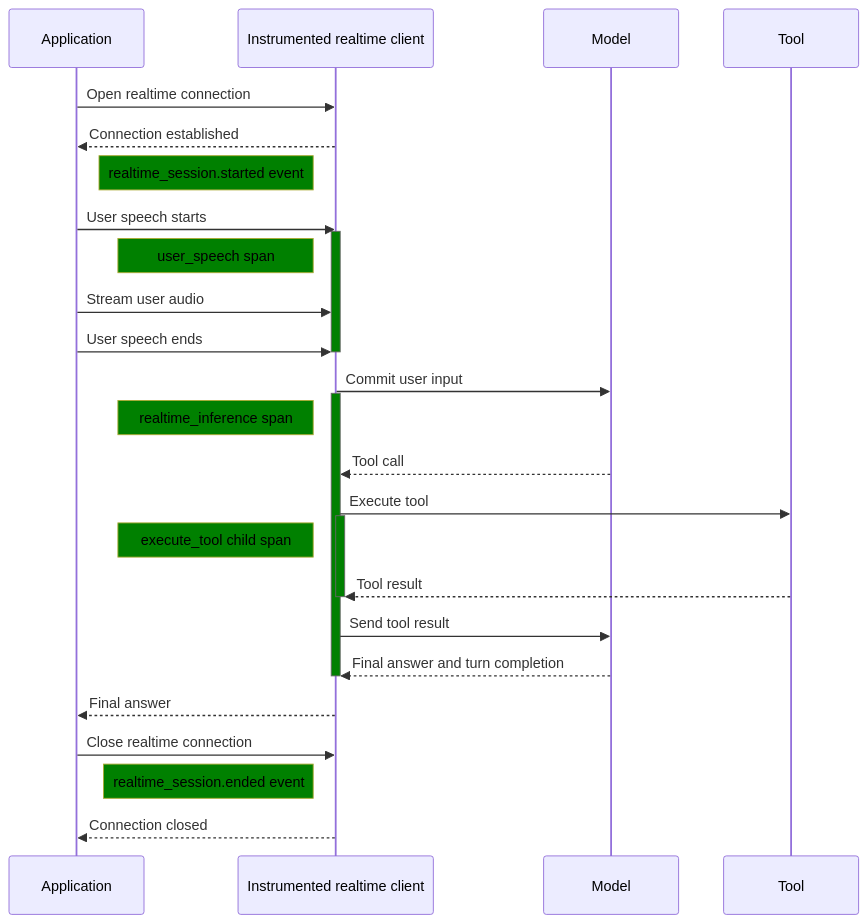
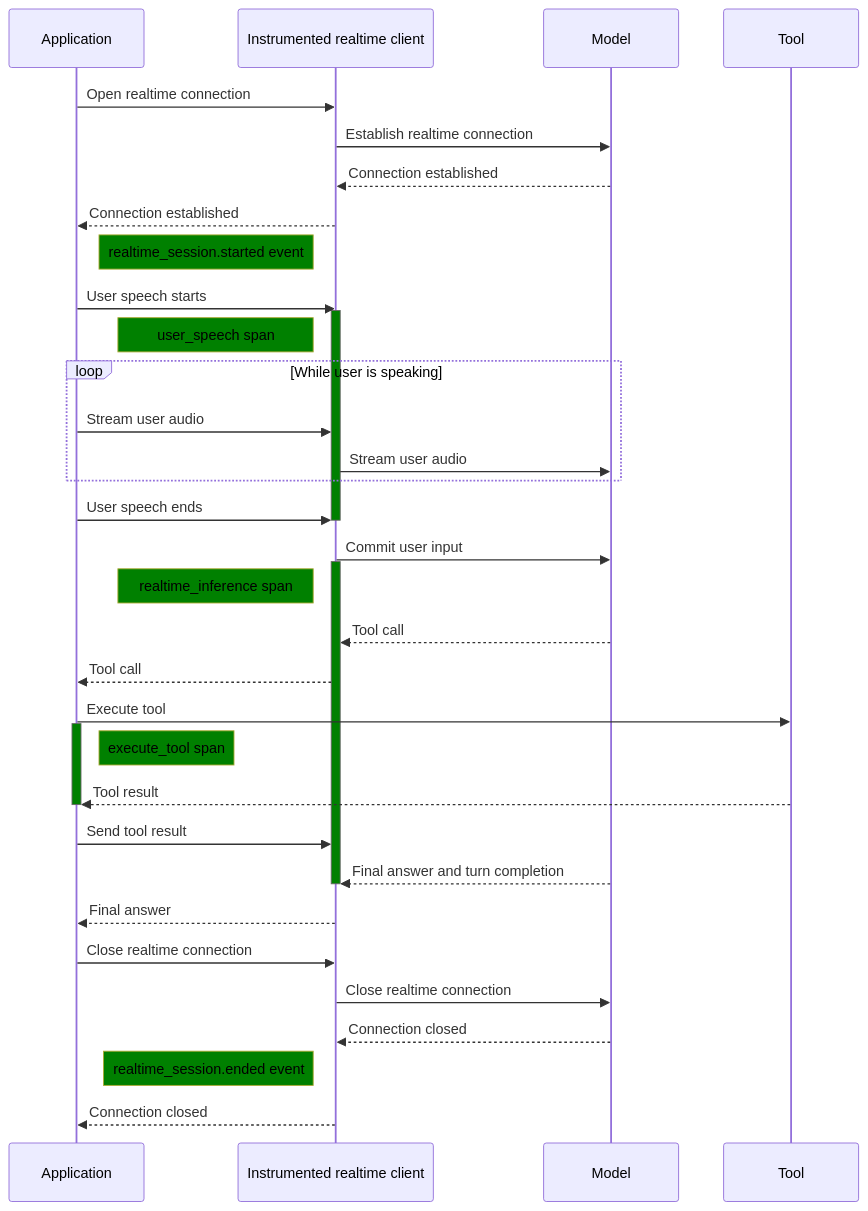
One commit to open-telemetry/semantic-conventions-genai changed the fifth of 7 diagrams in docs/gen-ai/non-normative/examples-llm-calls.md. Above: the diagram before and after it, drawn with Mermaid. The commit also changed other lines of this file and 16 other files, not shown here.

````diff
--- a/docs/gen-ai/non-normative/examples-llm-calls.md
+++ b/docs/gen-ai/non-normative/examples-llm-calls.md
@@ -904,38 +917,46 @@
 ```mermaid
 %%{init:
 {
   "sequence": { "messageAlign": "left", "htmlLabels":true },
   "themeVariables": { "noteBkgColor" : "green", "noteTextColor": "black", "activationBkgColor": "green", "htmlLabels":true }
 }
 }%%
 sequenceDiagram
     participant A as Application
     participant I as Instrumented realtime client
     participant M as Model
     participant T as Tool
     A->>I: Open realtime connection
+    I->>M: Establish realtime connection
+    M-->>I: Connection established
     I-->>A: Connection established
     Note left of I: realtime_session.started event
     A->>I: User speech starts
     activate I
     Note left of I: user_speech span
-    A->>I: Stream user audio
+    loop While user is speaking
+        A->>I: Stream user audio
+        I->>M: Stream user audio
+    end
     A->>I: User speech ends
     deactivate I
     I->>M: Commit user input
     activate I
     Note left of I: realtime_inference span
     M-->>I: Tool call
-    I->>T: Execute tool
-    activate I
-    Note left of I: execute_tool child span
-    T-->>I: Tool result
-    deactivate I
-    I->>M: Send tool result
+    I-->>A: Tool call
+    A->>T: Execute tool
+    activate A
+    Note right of A: execute_tool span
+    T-->>A: Tool result
+    deactivate A
+    A->>I: Send tool result
     M-->>I: Final answer and turn completion
     deactivate I
     I-->>A: Final answer
     A->>I: Close realtime connection
+    I->>M: Close realtime connection
+    M-->>I: Connection closed
     Note left of I: realtime_session.ended event
     I-->>A: Connection closed
 ```
````
